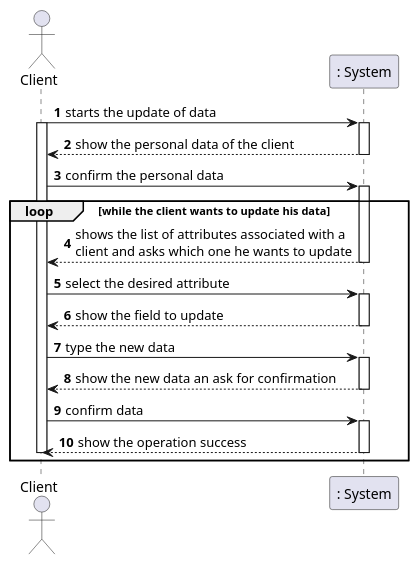
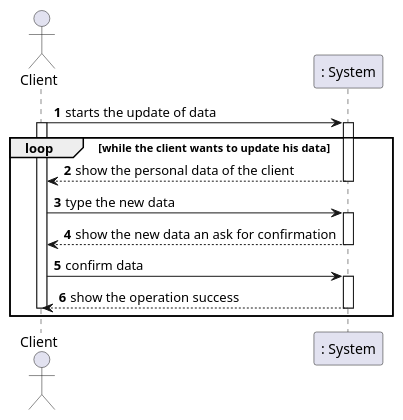
One commit to manu-07-ela/LAPR2_ISEP changed the diagram in docs/SprintD/US02/US02_SSD.puml. Above: the diagram before and after it, drawn with PlantUML. The commit also changed 1 other file, not shown here.

```diff
--- a/docs/SprintD/US02/US02_SSD.puml
+++ b/docs/SprintD/US02/US02_SSD.puml
@@ -1,34 +1,26 @@
 @startuml
 'https://plantuml.com/sequence-diagram
 
 autonumber
 actor "Client" as CLIENT
 participant ": System" as SYSTEM
 
 CLIENT->SYSTEM : starts the update of data
 activate CLIENT
 activate SYSTEM
+loop while the client wants to update his data
 SYSTEM-->CLIENT : show the personal data of the client
-deactivate SYSTEM
-CLIENT->SYSTEM : confirm the personal data
-activate SYSTEM
-loop while the client wants to update his data
-SYSTEM-->CLIENT : shows the list of attributes associated with a \nclient and asks which one he wants to update
-deactivate SYSTEM
-CLIENT->SYSTEM : select the desired attribute
-activate SYSTEM
-SYSTEM-->CLIENT : show the field to update
 deactivate SYSTEM
 CLIENT->SYSTEM : type the new data
 activate SYSTEM
 SYSTEM-->CLIENT : show the new data an ask for confirmation
 deactivate SYSTEM
 CLIENT->SYSTEM: confirm data
 activate SYSTEM
 SYSTEM-->CLIENT : show the operation success
 deactivate SYSTEM
 deactivate CLIENT
 end loop
 
 
 @enduml
```
